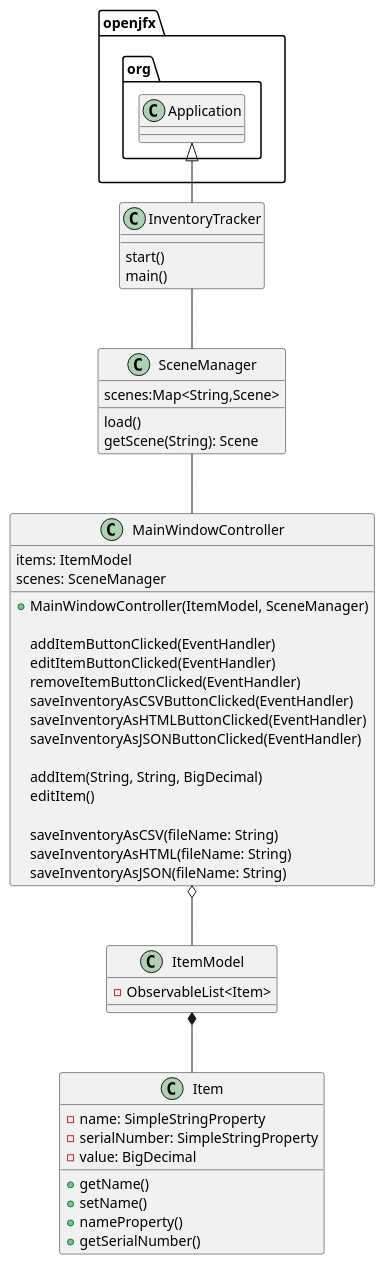
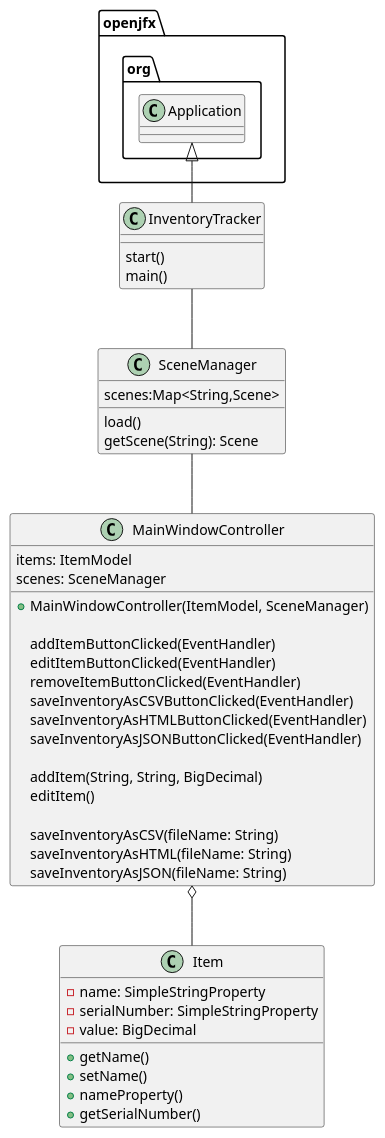
Before and after one commit to christianklingbiel/klingbiel-9967-a5: the diagram in uml/exercise56.puml, drawn with PlantUML. The commit also changed 5 other files, not shown here.

```diff
--- a/uml/exercise56.puml
+++ b/uml/exercise56.puml
@@ -1,55 +1,51 @@
 @startuml
 class InventoryTracker{
     start()
     main()
 }
 
 class SceneManager{
     scenes:Map<String,Scene>
 
     load()
     getScene(String): Scene
 }
 
 class MainWindowController{
     items: ItemModel
     scenes: SceneManager
 
     + MainWindowController(ItemModel, SceneManager)
 
     addItemButtonClicked(EventHandler)
     editItemButtonClicked(EventHandler)
     removeItemButtonClicked(EventHandler)
     saveInventoryAsCSVButtonClicked(EventHandler)
     saveInventoryAsHTMLButtonClicked(EventHandler)
     saveInventoryAsJSONButtonClicked(EventHandler)
 
     addItem(String, String, BigDecimal)
     editItem()
 
     saveInventoryAsCSV(fileName: String)
     saveInventoryAsHTML(fileName: String)
     saveInventoryAsJSON(fileName: String)
 }
 
-class ItemModel{
-    - ObservableList<Item>
-}
 
 class Item{
     - name: SimpleStringProperty
     - serialNumber: SimpleStringProperty
     - value: BigDecimal
 
     + getName()
     + setName()
     + nameProperty()
     + getSerialNumber()
 }
 
 openjfx.org.Application <|-- InventoryTracker
 InventoryTracker -- SceneManager
 SceneManager -- MainWindowController
-MainWindowController o-- ItemModel
-ItemModel *-- Item
+MainWindowController o-- Item
 @enduml
```
